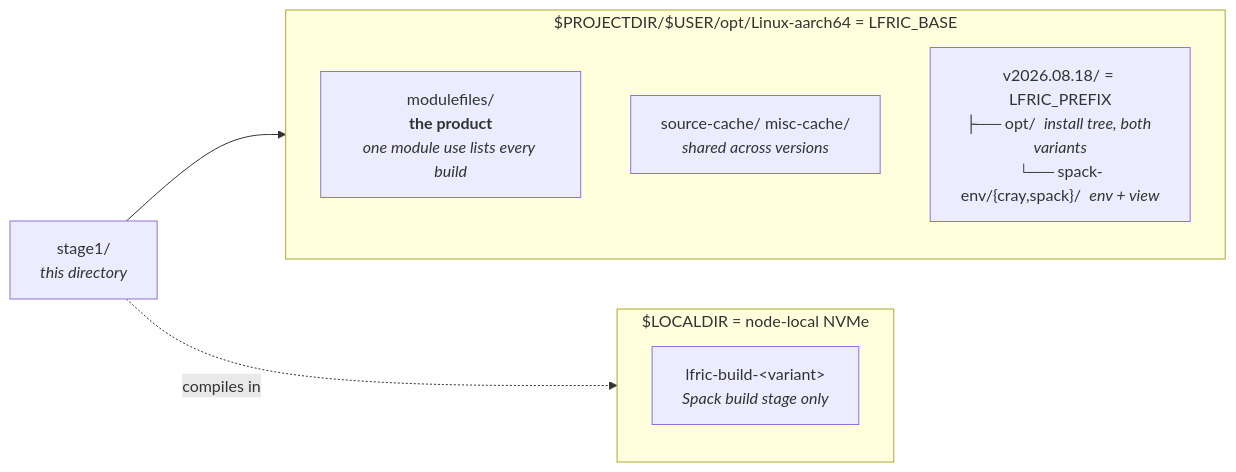
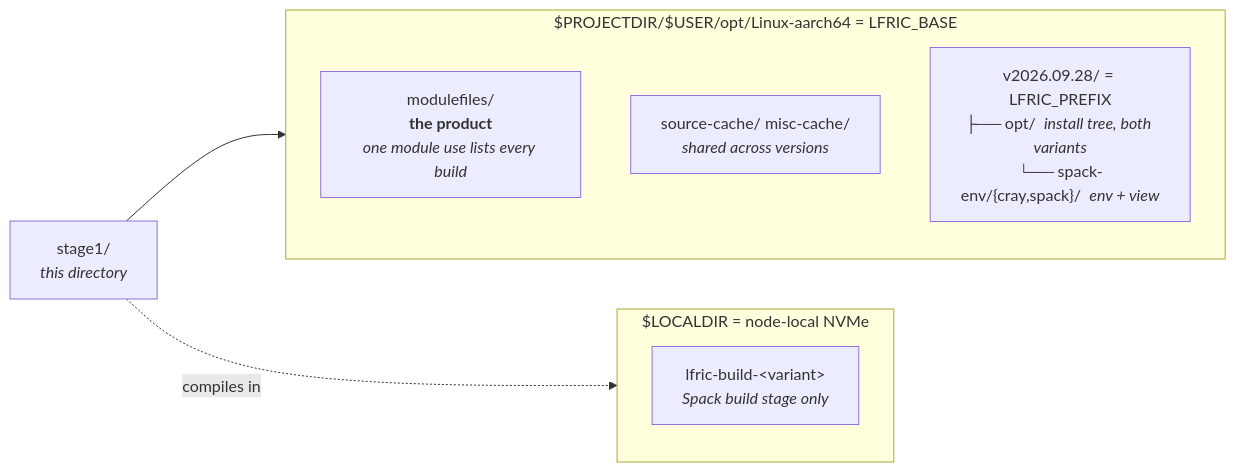
One commit to ickc/lfric-env-isambard changed the second of 2 diagrams in stage1/README.md. Above: the diagram before and after it, drawn with Mermaid. The commit also changed other lines of this file and 11 other files, not shown here.

````diff
--- a/stage1/README.md
+++ b/stage1/README.md
@@ -76,14 +76,14 @@
 ```mermaid
 flowchart LR
     subgraph P["$PROJECTDIR/$USER/opt/Linux-aarch64 = LFRIC_BASE"]
         direction TB
         M["modulefiles/<br/><b>the product</b><br/><i>one module use lists every build</i>"]
         C["source-cache/ misc-cache/<br/><i>shared across versions</i>"]
-        V["v2026.08.18/ = LFRIC_PREFIX<br/>├── opt/  <i>install tree, both variants</i><br/>└── spack-env/{cray,spack}/  <i>env + view</i>"]
+        V["v2026.09.28/ = LFRIC_PREFIX<br/>├── opt/  <i>install tree, both variants</i><br/>└── spack-env/{cray,spack}/  <i>env + view</i>"]
     end
     subgraph L["$LOCALDIR = node-local NVMe"]
         W["lfric-build-&lt;variant&gt;<br/><i>Spack build stage only</i>"]
     end
     R["stage1/<br/><i>this directory</i>"] --> P
     R -.->|"compiles in"| L
 ```
````
